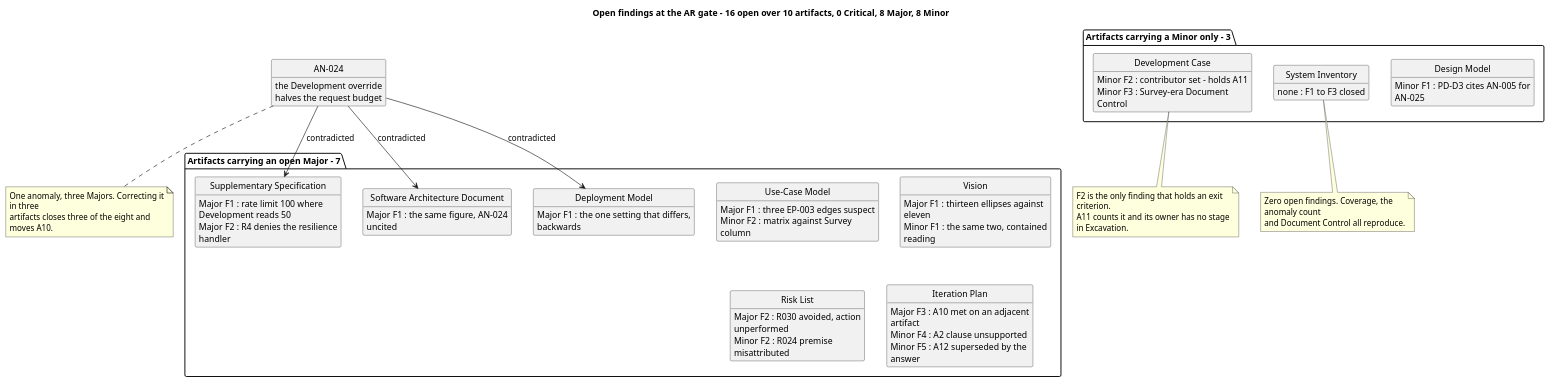
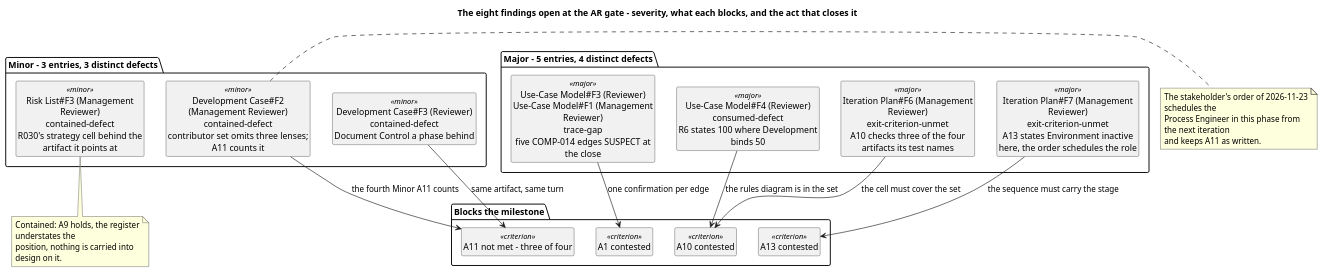
Before and after one commit to banense-test/TodoApp: the sixth of 10 diagrams in docs/artifacts/project-management/review-record.md, drawn with PlantUML. The commit also changed other lines of this file, not shown here.

Commit message:
Review Coordinator [Excavation2]: upsert Review Record
[skip ci]

````diff
--- a/docs/artifacts/project-management/review-record.md
+++ b/docs/artifacts/project-management/review-record.md
@@ -597,76 +588,49 @@
 ```plantuml
 @startuml
-title Open findings at the AR gate - 16 open over 10 artifacts, 0 Critical, 8 Major, 8 Minor
+title The eight findings open at the AR gate - severity, what each blocks, and the act that closes it
 
 skinparam shadowing false
 skinparam classAttributeIconSize 0
+skinparam wrapWidth 235
+hide circle
 hide empty members
-hide circle
-skinparam wrapWidth 250
 
-package "Artifacts carrying an open Major - 7" {
-  class "Supplementary Specification" as SS {
-    Major F1 : rate limit 100 where Development reads 50
-    Major F2 : R4 denies the resilience handler
-  }
-  class "Software Architecture Document" as SAD {
-    Major F1 : the same figure, AN-024 uncited
-  }
-  class "Deployment Model" as DEP {
-    Major F1 : the one setting that differs, backwards
-  }
-  class "Use-Case Model" as UCM {
-    Major F1 : three EP-003 edges suspect
-    Minor F2 : matrix against Survey column
-  }
-  class "Vision" as VIS {
-    Major F1 : thirteen ellipses against eleven
-    Minor F1 : the same two, contained reading
-  }
-  class "Risk List" as RL {
-    Major F2 : R030 avoided, action unperformed
-    Minor F2 : R024 premise misattributed
-  }
-  class "Iteration Plan" as IP {
-    Major F3 : A10 met on an adjacent artifact
-    Minor F4 : A2 clause unsupported
-    Minor F5 : A12 superseded by the answer
-  }
+package "Major - 5 entries, 4 distinct defects" {
+  class "Use-Case Model#F3 (Reviewer)\nUse-Case Model#F1 (Management Reviewer)\ntrace-gap\nfive COMP-014 edges SUSPECT at the close" as M1 <<major>>
+  class "Use-Case Model#F4 (Reviewer)\nconsumed-defect\nR6 states 100 where Development binds 50" as M2 <<major>>
+  class "Iteration Plan#F6 (Management Reviewer)\nexit-criterion-unmet\nA10 checks three of the four artifacts its test names" as M3 <<major>>
+  class "Iteration Plan#F7 (Management Reviewer)\nexit-criterion-unmet\nA13 states Environment inactive here, the order schedules the role" as M4 <<major>>
 }
 
-package "Artifacts carrying a Minor only - 3" {
-  class "Design Model" as DM {
-    Minor F1 : PD-D3 cites AN-005 for AN-025
-  }
-  class "Development Case" as DC {
-    Minor F2 : contributor set - holds A11
-    Minor F3 : Survey-era Document Control
-  }
-  class "System Inventory" as SI {
-    none : F1 to F3 closed
-  }
+package "Minor - 3 entries, 3 distinct defects" {
+  class "Development Case#F2 (Management Reviewer)\ncontained-defect\ncontributor set omits three lenses; A11 counts it" as m1 <<minor>>
+  class "Development Case#F3 (Reviewer)\ncontained-defect\nDocument Control a phase behind" as m2 <<minor>>
+  class "Risk List#F3 (Management Reviewer)\ncontained-defect\nR030's strategy cell behind the artifact it points at" as m3 <<minor>>
 }
 
-class "AN-024" as AN {
-  the Development override
-  halves the request budget
+package "Blocks the milestone" {
+  class "A1 contested" as A1 <<criterion>>
+  class "A10 contested" as A10 <<criterion>>
+  class "A13 contested" as A13 <<criterion>>
+  class "A11 not met - three of four" as A11 <<criterion>>
 }
-AN --> SS : contradicted
-AN --> SAD : contradicted
-AN --> DEP : contradicted
 
-note bottom of AN
-  One anomaly, three Majors. Correcting it in three
-  artifacts closes three of the eight and moves A10.
+M1 --> A1 : one confirmation per edge
+M2 --> A10 : the rules diagram is in the set
+M3 --> A10 : the cell must cover the set
+M4 --> A13 : the sequence must carry the stage
+m1 --> A11 : the fourth Minor A11 counts
+m2 --> A11 : same artifact, same turn
+
+note right of m1
+  The stakeholder's order of 2026-11-23 schedules the
+  Process Engineer in this phase from the next iteration
+  and keeps A11 as written.
 end note
-note bottom of DC
-  F2 is the only finding that holds an exit criterion.
-  A11 counts it and its owner has no stage in Excavation.
-end note
-note bottom of SI
-  Zero open findings. Coverage, the anomaly count
-  and Document Control all reproduce.
+note bottom of m3
+  Contained: A9 holds, the register understates the
+  position, nothing is carried into design on it.
 end note
 
 @enduml
 ```
````
